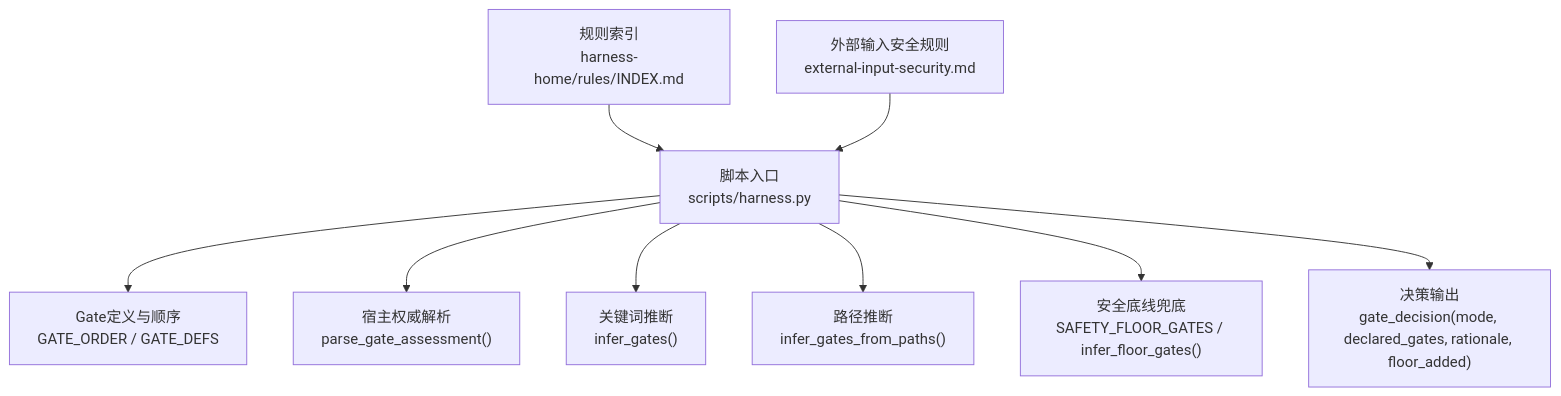
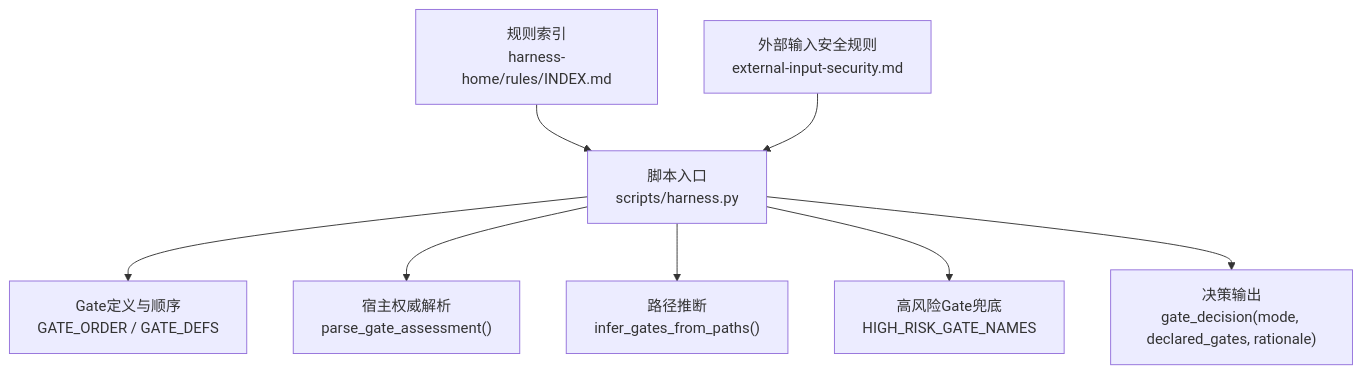
The first of 4 diagrams in .qoder/repowiki/zh/content/核心概念/风险门控系统/Gate决策模式.md (HackSing/docs-harness), drawn with Mermaid before and after one commit. The commit also changed other lines of this file and 26 other files, not shown here.

````diff
--- a/.qoder/repowiki/zh/content/核心概念/风险门控系统/Gate决策模式.md
+++ b/.qoder/repowiki/zh/content/核心概念/风险门控系统/Gate决策模式.md
@@ -31,11 +40,10 @@
 ```mermaid
 graph TB
 A["脚本入口<br/>scripts/harness.py"] --> B["Gate定义与顺序<br/>GATE_ORDER / GATE_DEFS"]
 A --> C["宿主权威解析<br/>parse_gate_assessment()"]
-A --> D["关键词推断<br/>infer_gates()"]
-A --> E["路径推断<br/>infer_gates_from_paths()"]
-A --> F["安全底线兜底<br/>SAFETY_FLOOR_GATES / infer_floor_gates()"]
-A --> G["决策输出<br/>gate_decision(mode, declared_gates, rationale, floor_added)"]
+A --> D["路径推断<br/>infer_gates_from_paths()"]
+A --> E["高风险Gate兜底<br/>HIGH_RISK_GATE_NAMES"]
+A --> F["决策输出<br/>gate_decision(mode, declared_gates, rationale)"]
 H["规则索引<br/>harness-home/rules/INDEX.md"] --> A
 I["外部输入安全规则<br/>external-input-security.md"] --> A
 ```
````
